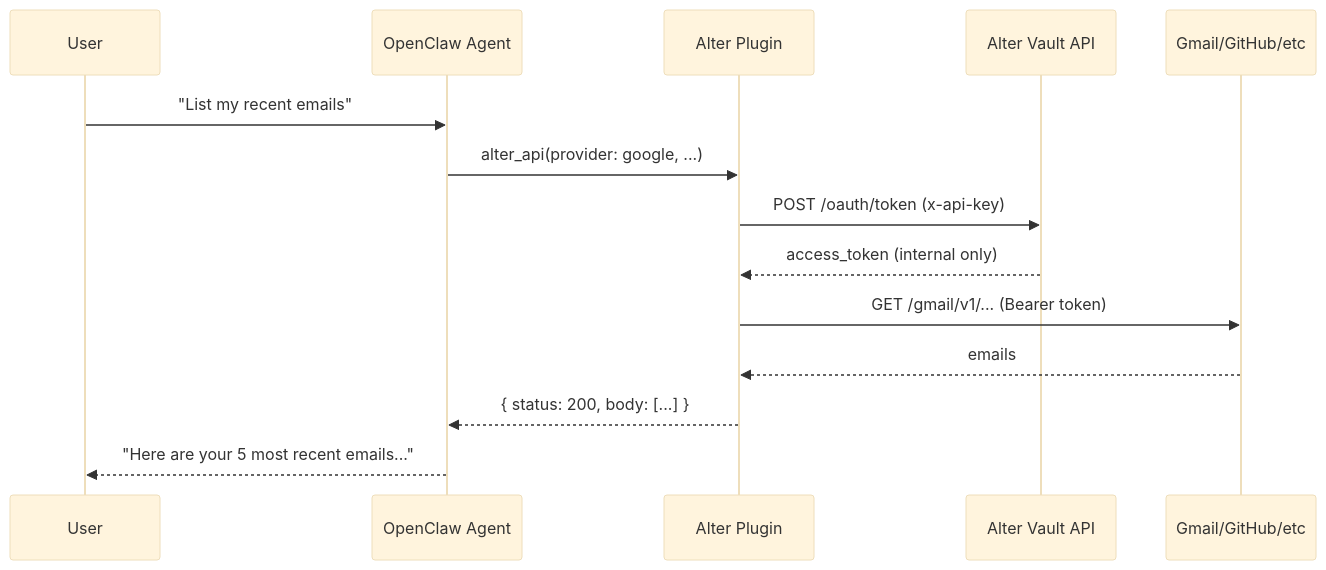
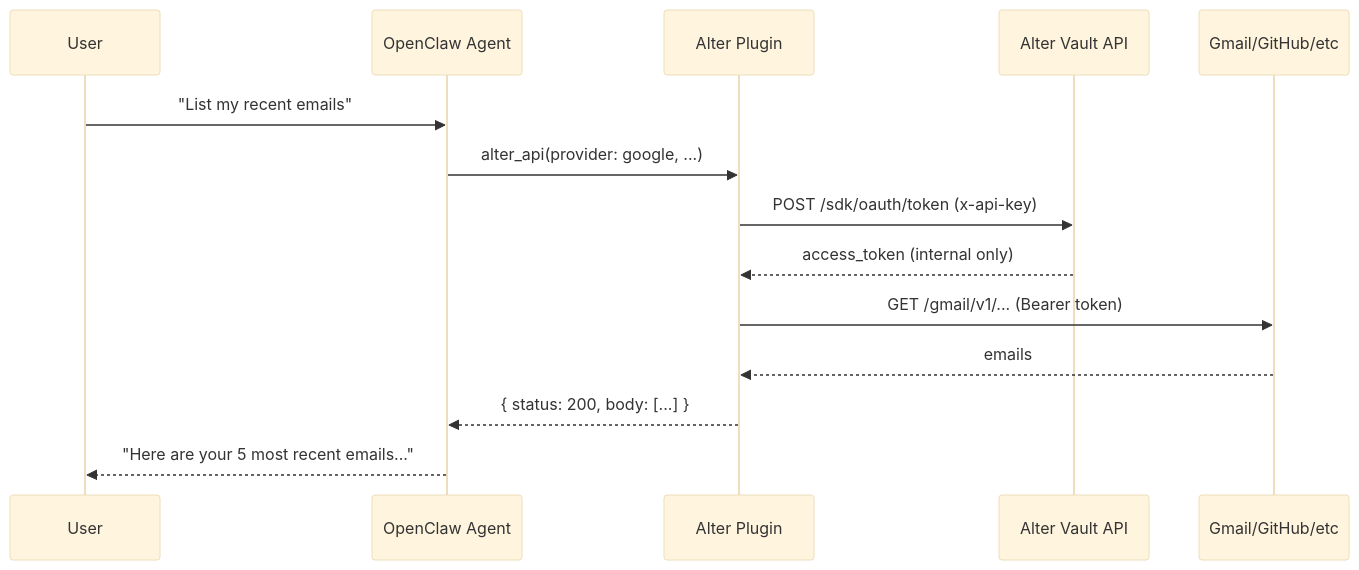
Before and after one commit to AlterAIDev/docs: the diagram in integrations/openclaw.mdx, drawn with Mermaid (base theme). The commit also changed other lines of this file and 17 other files, not shown here.

Commit message:
Sync documentation from Alter-Vault (main)

````diff
--- a/integrations/openclaw.mdx
+++ b/integrations/openclaw.mdx
@@ -12,17 +12,17 @@
 ```mermaid
 sequenceDiagram
     participant User
     participant OpenClaw Agent
     participant Alter Plugin
     participant Alter Vault API
     participant Gmail/GitHub/etc
 
     User->>OpenClaw Agent: "List my recent emails"
     OpenClaw Agent->>Alter Plugin: alter_api(provider: google, ...)
-    Alter Plugin->>Alter Vault API: POST /oauth/token (x-api-key)
+    Alter Plugin->>Alter Vault API: POST /sdk/oauth/token (x-api-key)
     Alter Vault API-->>Alter Plugin: access_token (internal only)
     Alter Plugin->>Gmail/GitHub/etc: GET /gmail/v1/... (Bearer token)
     Gmail/GitHub/etc-->>Alter Plugin: emails
     Alter Plugin-->>OpenClaw Agent: { status: 200, body: [...] }
     OpenClaw Agent-->>User: "Here are your 5 most recent emails..."
 ```
````
